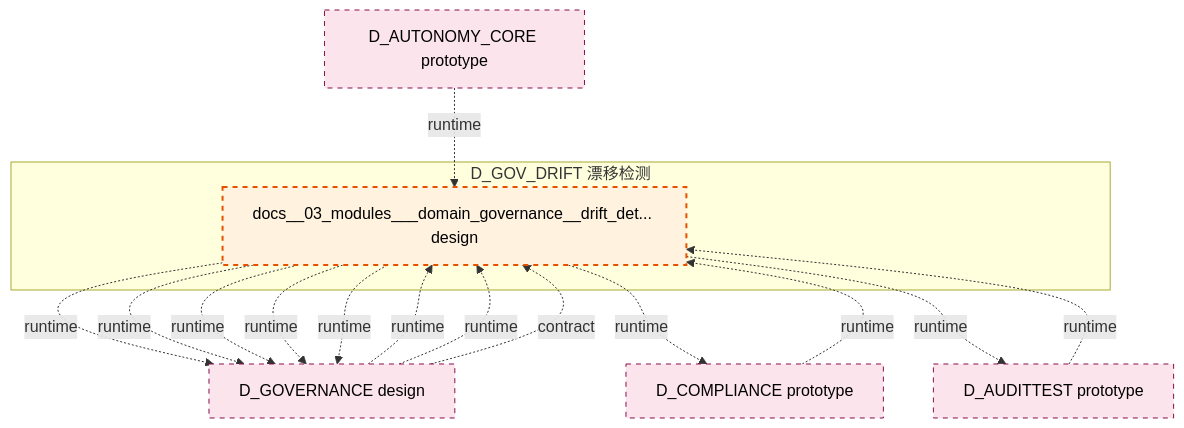
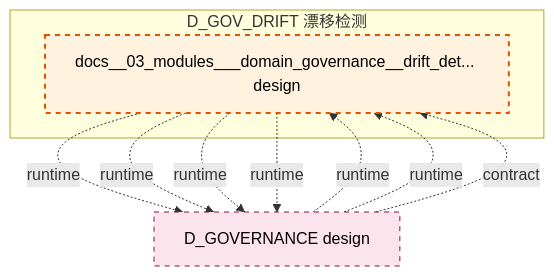
The diagram in docs/02_enterprise_architecture/02_domain_architecture_docs/36_d_gov_drift.md (xuanFelixVan/ZephyrAlpha), drawn with Mermaid before and after one commit. The commit also changed other lines of this file and 60 other files, not shown here.

````diff
--- a/docs/02_enterprise_architecture/02_domain_architecture_docs/36_d_gov_drift.md
+++ b/docs/02_enterprise_architecture/02_domain_architecture_docs/36_d_gov_drift.md
@@ -47,29 +47,20 @@
 ```mermaid
 graph TD
     subgraph D_GOV_DRIFT["D_GOV_DRIFT 漂移检测"]
         docs_03_modules_domain_governance_drift_detector_blueprint_md["docs__03_modules___domain_governance__drift_det... design"]
     end
     D_GOVERNANCE["D_GOVERNANCE design"]
     docs_03_modules_domain_governance_drift_detector_blueprint_md -.->|runtime| D_GOVERNANCE
     docs_03_modules_domain_governance_drift_detector_blueprint_md -.->|runtime| D_GOVERNANCE
-    D_COMPLIANCE["D_COMPLIANCE prototype"]
-    docs_03_modules_domain_governance_drift_detector_blueprint_md -.->|runtime| D_COMPLIANCE
-    D_AUDITTEST["D_AUDITTEST prototype"]
-    docs_03_modules_domain_governance_drift_detector_blueprint_md -.->|runtime| D_AUDITTEST
     docs_03_modules_domain_governance_drift_detector_blueprint_md -.->|runtime| D_GOVERNANCE
     docs_03_modules_domain_governance_drift_detector_blueprint_md -.->|runtime| D_GOVERNANCE
-    docs_03_modules_domain_governance_drift_detector_blueprint_md -.->|runtime| D_GOVERNANCE
-    D_COMPLIANCE -.->|runtime| docs_03_modules_domain_governance_drift_detector_blueprint_md
     D_GOVERNANCE -.->|runtime| docs_03_modules_domain_governance_drift_detector_blueprint_md
     D_GOVERNANCE -.->|runtime| docs_03_modules_domain_governance_drift_detector_blueprint_md
     D_GOVERNANCE -.->|contract| docs_03_modules_domain_governance_drift_detector_blueprint_md
-    D_AUTONOMY_CORE["D_AUTONOMY_CORE prototype"]
-    D_AUTONOMY_CORE -.->|runtime| docs_03_modules_domain_governance_drift_detector_blueprint_md
-    D_AUDITTEST -.->|runtime| docs_03_modules_domain_governance_drift_detector_blueprint_md
     classDef production fill:#e1f5fe,stroke:#01579b,stroke-width:2px,color:#000
     classDef design fill:#fff3e0,stroke:#e65100,stroke-width:2px,color:#000,stroke-dasharray: 5 5
     classDef external_prod fill:#e8f5e9,stroke:#1b5e20,stroke-width:1px,color:#000
     classDef external_design fill:#fce4ec,stroke:#880e4f,stroke-width:1px,color:#000,stroke-dasharray: 5 5
     class docs_03_modules_domain_governance_drift_detector_blueprint_md design
-    class D_GOVERNANCE,D_COMPLIANCE,D_AUDITTEST,D_AUTONOMY_CORE external_design
+    class D_GOVERNANCE external_design
 ```
````
